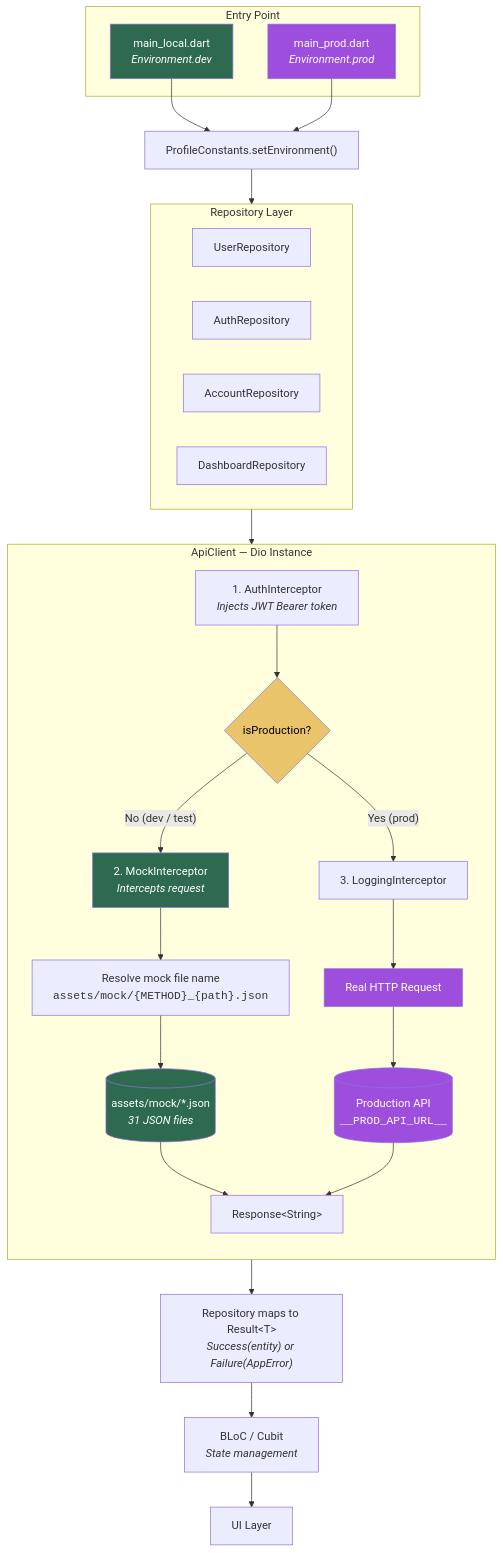
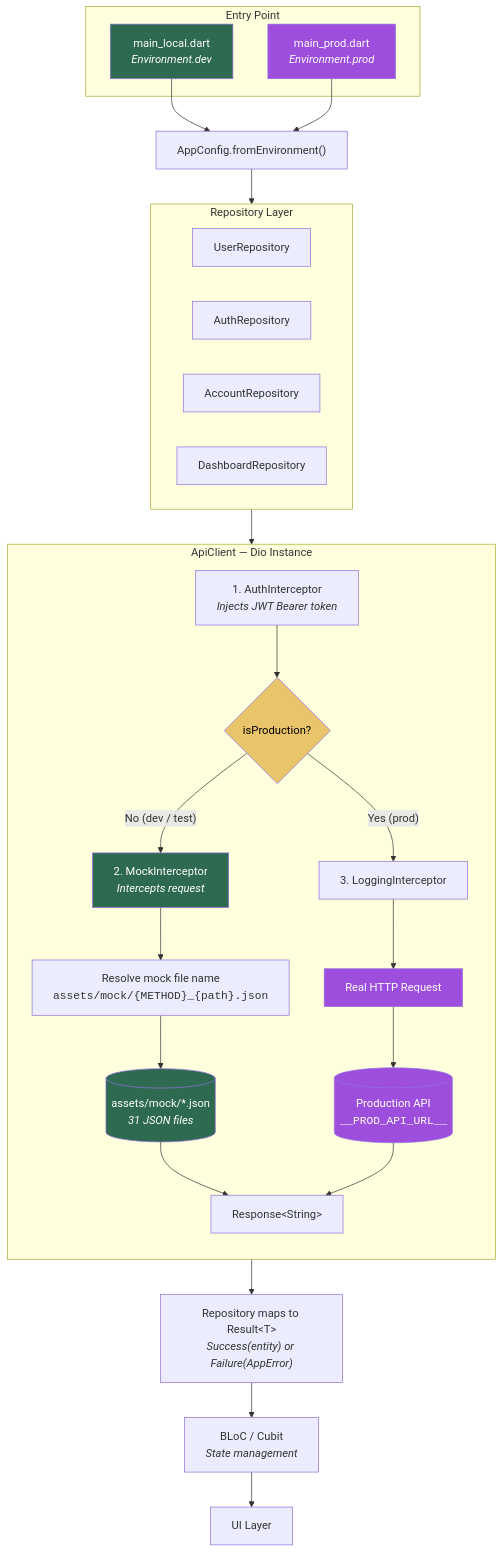
The first of 2 diagrams in docs/mock-architecture.md (cevheri/flutter-bloc-advanced), drawn with Mermaid before and after one commit. The commit also changed other lines of this file and 1 other file, not shown here.

Commit message:
docs: replace removed ProfileConstants references with AppConfig
README's idle-timeout section and docs/mock-architecture.md still described ProfileConstants, _Config.prodConstants and an IDLE_TIMEOUT_SECONDS map, which were replaced by the immutable AppConfig in #146.

````diff
--- a/docs/mock-architecture.md
+++ b/docs/mock-architecture.md
@@ -19,69 +19,69 @@
 ```mermaid
 flowchart TB
     subgraph Entry["Entry Point"]
         LOCAL["main_local.dart<br/><i>Environment.dev</i>"]
         PROD["main_prod.dart<br/><i>Environment.prod</i>"]
     end
 
     LOCAL --> ENV
     PROD --> ENV
 
-    ENV["ProfileConstants.setEnvironment()"]
+    ENV["AppConfig.fromEnvironment()"]
     ENV --> REPO
 
     subgraph REPO["Repository Layer"]
         direction LR
         UR["UserRepository"]
         AR["AuthRepository"]
         ACR["AccountRepository"]
         DR["DashboardRepository"]
     end
 
     REPO --> API
 
     subgraph API["ApiClient — Dio Instance"]
         direction TB
         AUTH_INT["1. AuthInterceptor<br/><i>Injects JWT Bearer token</i>"]
         AUTH_INT --> DECISION
 
         DECISION{isProduction?}
 
         DECISION -- "No (dev / test)" --> MOCK_INT
         DECISION -- "Yes (prod)" --> LOG_INT_PROD
 
         MOCK_INT["2. MockInterceptor<br/><i>Intercepts request</i>"]
         MOCK_INT --> RESOLVE
 
         RESOLVE["Resolve mock file name<br/><code>assets/mock/{METHOD}_{path}.json</code>"]
         RESOLVE --> ASSET
 
         ASSET[("assets/mock/*.json<br/><i>31 JSON files</i>")]
         ASSET --> RESPONSE
 
         LOG_INT_PROD["3. LoggingInterceptor"]
         LOG_INT_PROD --> NETWORK
 
         NETWORK["Real HTTP Request"]
         NETWORK --> REAL_API
 
         REAL_API[("Production API<br/><code>__PROD_API_URL__</code>")]
         REAL_API --> RESPONSE
     end
 
     RESPONSE["Response&lt;String&gt;"]
     RESPONSE --> RESULT
 
     RESULT["Repository maps to Result&lt;T&gt;<br/><i>Success(entity) or Failure(AppError)</i>"]
     RESULT --> BLOC
 
     BLOC["BLoC / Cubit<br/><i>State management</i>"]
     BLOC --> UI["UI Layer"]
 
     style LOCAL fill:#2d6a4f,color:#fff
     style PROD fill:#9d4edd,color:#fff
     style MOCK_INT fill:#2d6a4f,color:#fff
     style ASSET fill:#2d6a4f,color:#fff
     style NETWORK fill:#9d4edd,color:#fff
     style REAL_API fill:#9d4edd,color:#fff
     style DECISION fill:#e9c46a,color:#000
 ```
````
